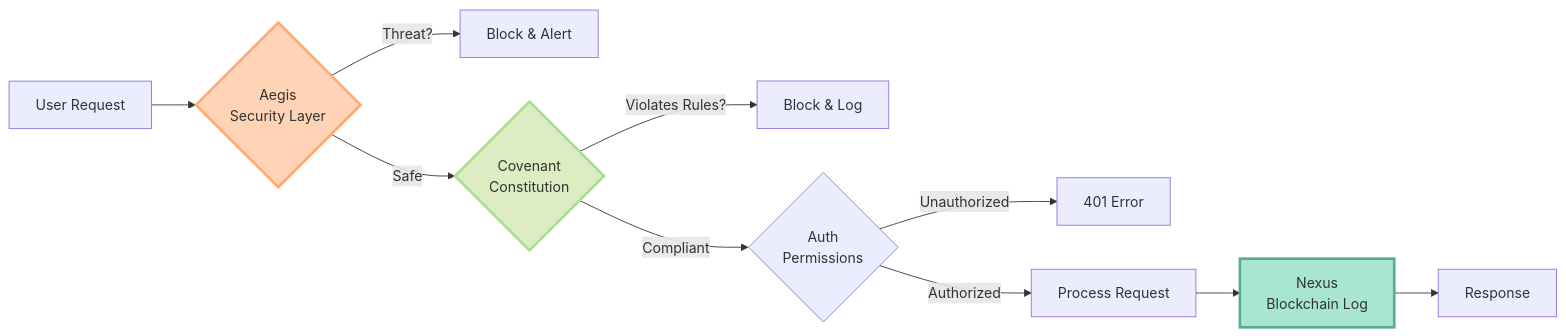
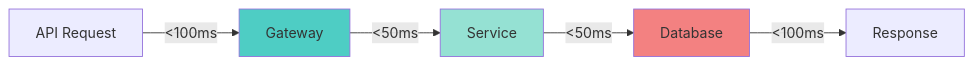
Before and after one commit to Azora-OS/azora: the third of 3 diagrams in README.md, drawn with Mermaid. The commit also changed other lines of this file and 374 other files, not shown here.

````diff
--- a/README.md
+++ b/README.md
@@ -474,16 +199,11 @@
 ```mermaid
 graph LR
-    A[User Request] --> B{Aegis<br/>Security Layer}
-    B -->|Threat?| C[Block & Alert]
-    B -->|Safe| D{Covenant<br/>Constitution}
-    D -->|Violates Rules?| E[Block & Log]
-    D -->|Compliant| F{Auth<br/>Permissions}
-    F -->|Unauthorized| G[401 Error]
-    F -->|Authorized| H[Process Request]
-    H --> I[Nexus<br/>Blockchain Log]
-    I --> J[Response]
+    A[API Request] -->|<100ms| B[Gateway]
+    B -->|<50ms| C[Service]
+    C -->|<50ms| D[Database]
+    D -->|<100ms| E[Response]
     
-    style B fill:#FFD3B6,stroke:#FFAA71,stroke-width:3px
-    style D fill:#DCEDC1,stroke:#A8DF8E,stroke-width:3px
-    style I fill:#A8E6CF,stroke:#56AB91,stroke-width:3px
+    style B fill:#4ECDC4
+    style C fill:#95E1D3
+    style D fill:#F38181
 ```
````
